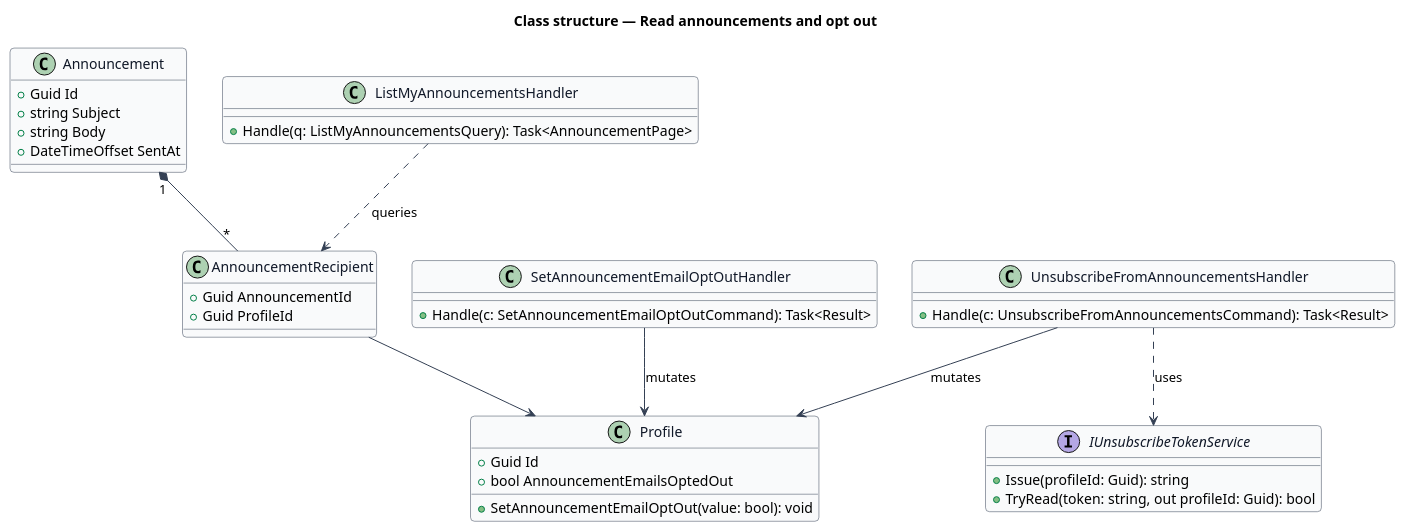
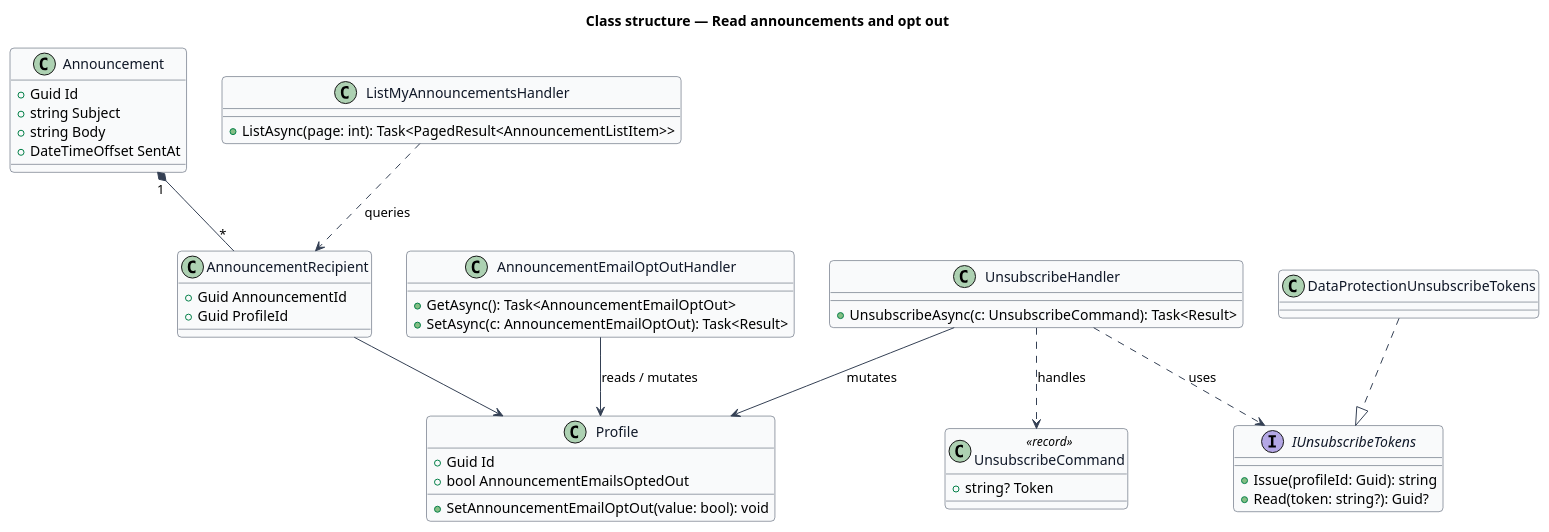
One commit to QuinntyneBrown/faithtech-community changed the diagram in docs/detailed-designs/announcements/read-announcements-and-opt-out/diagrams/class-structure.puml. Above: the diagram before and after it, drawn with PlantUML. The commit also changed 33 other files, not shown here.

First line of the commit message:
Redraw the notification, announcement and search diagrams to match the code

```diff
--- a/docs/detailed-designs/announcements/read-announcements-and-opt-out/diagrams/class-structure.puml
+++ b/docs/detailed-designs/announcements/read-announcements-and-opt-out/diagrams/class-structure.puml
@@ -1,47 +1,54 @@
 @startuml
 skinparam backgroundColor #FFFFFF
 skinparam shadowing false
 skinparam roundcorner 8
 skinparam defaultFontName Arial
 skinparam ArrowColor #344054
 skinparam class {
   BorderColor #344054
   FontColor #101828
   BackgroundColor #F9FAFB
 }
 title Class structure — Read announcements and opt out
 class Profile {
   +Guid Id
   +bool AnnouncementEmailsOptedOut
   +SetAnnouncementEmailOptOut(value: bool): void
 }
 class Announcement {
   +Guid Id
   +string Subject
   +string Body
   +DateTimeOffset SentAt
 }
 class AnnouncementRecipient {
   +Guid AnnouncementId
   +Guid ProfileId
 }
 class ListMyAnnouncementsHandler {
-  +Handle(q: ListMyAnnouncementsQuery): Task<AnnouncementPage>
+  +ListAsync(page: int): Task<PagedResult<AnnouncementListItem>>
 }
-class SetAnnouncementEmailOptOutHandler {
-  +Handle(c: SetAnnouncementEmailOptOutCommand): Task<Result>
+class AnnouncementEmailOptOutHandler {
+  +GetAsync(): Task<AnnouncementEmailOptOut>
+  +SetAsync(c: AnnouncementEmailOptOut): Task<Result>
 }
-class UnsubscribeFromAnnouncementsHandler {
-  +Handle(c: UnsubscribeFromAnnouncementsCommand): Task<Result>
+class UnsubscribeCommand <<record>> {
+  +string? Token
 }
-interface IUnsubscribeTokenService {
+class UnsubscribeHandler {
+  +UnsubscribeAsync(c: UnsubscribeCommand): Task<Result>
+}
+interface IUnsubscribeTokens {
   +Issue(profileId: Guid): string
-  +TryRead(token: string, out profileId: Guid): bool
+  +Read(token: string?): Guid?
 }
+class DataProtectionUnsubscribeTokens
 Announcement "1" *-- "*" AnnouncementRecipient
 AnnouncementRecipient --> Profile
 ListMyAnnouncementsHandler ..> AnnouncementRecipient : queries
-SetAnnouncementEmailOptOutHandler --> Profile : mutates
-UnsubscribeFromAnnouncementsHandler --> Profile : mutates
-UnsubscribeFromAnnouncementsHandler ..> IUnsubscribeTokenService : uses
+AnnouncementEmailOptOutHandler --> Profile : reads / mutates
+UnsubscribeHandler ..> UnsubscribeCommand : handles
+UnsubscribeHandler --> Profile : mutates
+UnsubscribeHandler ..> IUnsubscribeTokens : uses
+DataProtectionUnsubscribeTokens ..|> IUnsubscribeTokens
 @enduml
```
